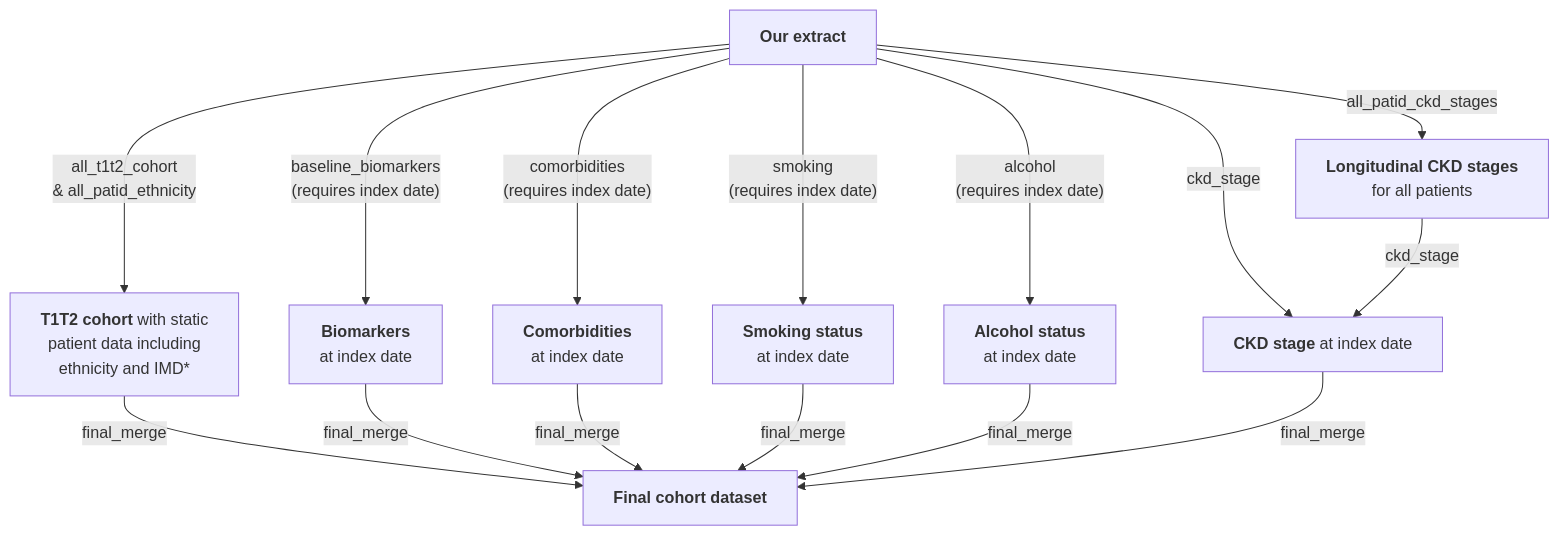
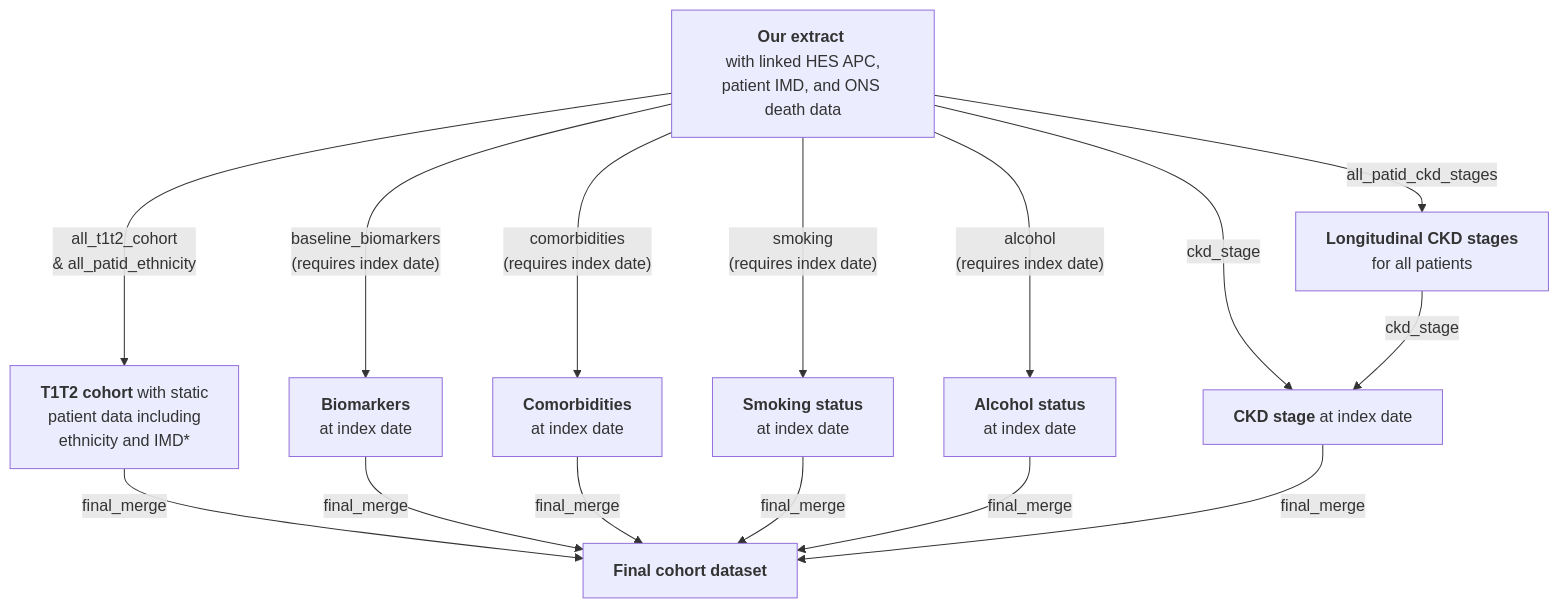
One commit to Exeter-Diabetes/CPRD-Cohort-scripts changed the second of 2 diagrams in README.md. Above: the diagram before and after it, drawn with Mermaid.

````diff
--- a/README.md
+++ b/README.md
@@ -46,17 +46,17 @@
 ```mermaid
 graph TD;
-    A["<b>Our extract</b>"] --> |"all_t1t2_cohort <br> & all_patid_ethnicity"|B["<b>T1T2 cohort</b> with static <br> patient data including <br> ethnicity and IMD*"]
+    A["<b>Our extract</b> <br> with linked HES APC, patient IMD, and ONS death data"] --> |"all_t1t2_cohort <br> & all_patid_ethnicity"|B["<b>T1T2 cohort</b> with static <br> patient data including <br> ethnicity and IMD*"]
     A-->|"all_patid_ckd_stages"|C["<b>Longitudinal CKD stages</b> <br> for all patients"]
     A-->|"baseline_biomarkers <br> (requires index date)"|E["<b>Biomarkers</b> <br> at index date"]
     A-->|"comorbidities <br> (requires index date)"|F["<b>Comorbidities</b> <br> at index date"]
     A-->|"smoking <br> (requires index date)"|G["<b>Smoking status</b> <br> at index date"]
     A-->|"alcohol <br> (requires index date)"|H["<b>Alcohol status</b> <br> at index date"]
     A-->|"ckd_stage"|I["<b>CKD stage</b <br> at index date"]
     C-->|"ckd_stage"|I
     B-->|"final_merge"|J["<b>Final cohort dataset</b>"]
     E-->|"final_merge"|J
     F-->|"final_merge"|J
     G-->|"final_merge"|J
     H-->|"final_merge"|J
     I-->|"final_merge"|J
 ```
````
